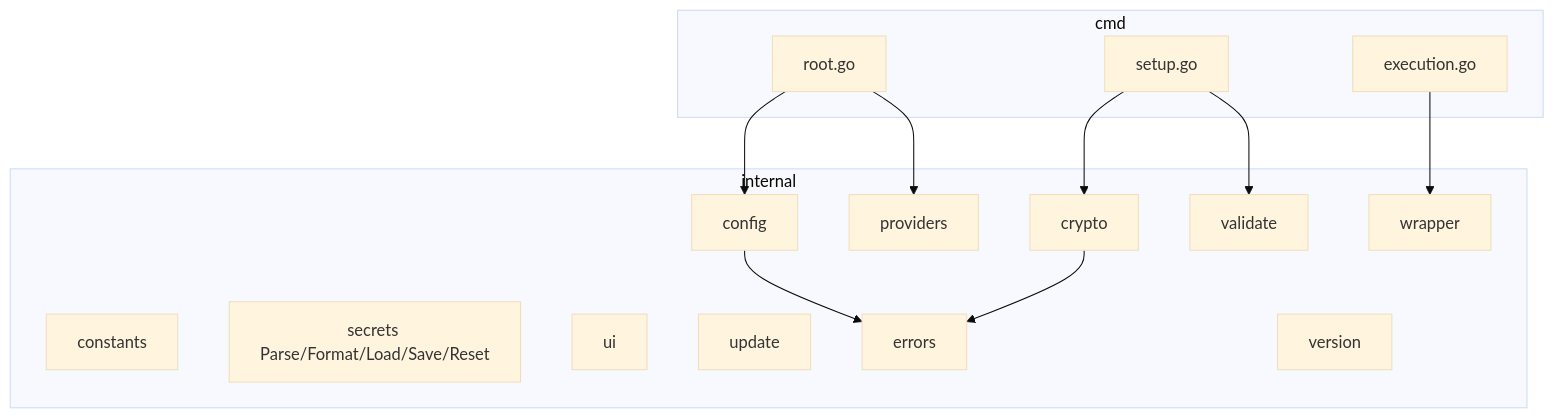
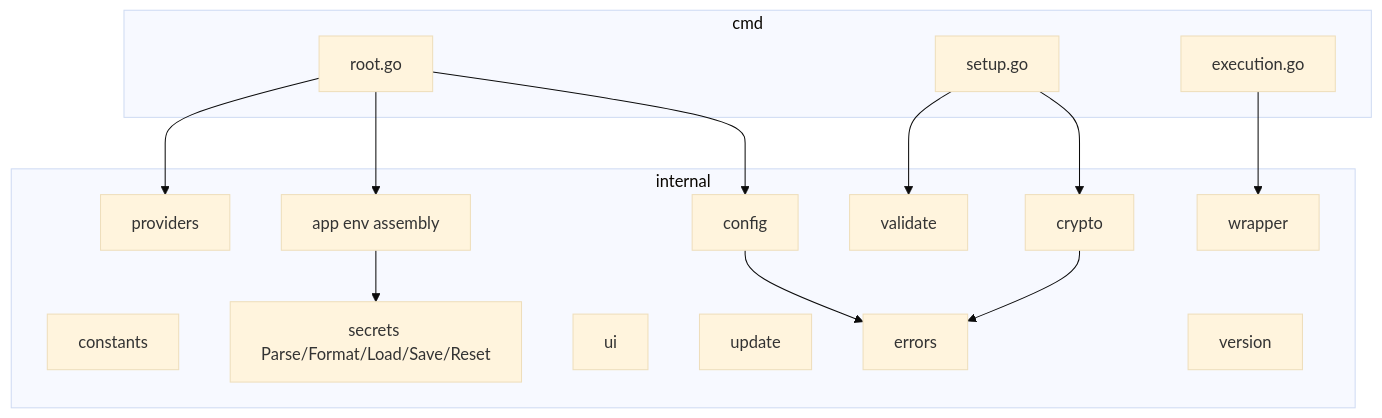
Before and after one commit to dkmnx/kairo: the first of 2 diagrams in internal/README.md, drawn with Mermaid (base theme). The commit also changed other lines of this file and 12 other files, not shown here.

First line of the commit message:
refactor(app): move harness env assembly to internal/app

````diff
--- a/internal/README.md
+++ b/internal/README.md
@@ -7,30 +7,33 @@
 ```mermaid
 flowchart TB
     subgraph cmd[cmd]
         Root[root.go]
         Setup[setup.go]
         Exec[execution.go]
     end
 
     subgraph internal[internal]
+        App[app env assembly]
         Config[config]
         Constants[constants]
         Crypto[crypto]
         Providers[providers]
         Secrets[secrets Parse/Format/Load/Save/Reset]
         UI[ui]
         Update[update]
         Validate[validate]
         Wrapper[wrapper]
         Errors[errors]
         Version[version]
     end
 
     Root --> Config
+    Root --> App
     Root --> Providers
     Setup --> Crypto
     Setup --> Validate
     Exec --> Wrapper
+    App --> Secrets
     Config --> Errors
     Crypto --> Errors
 ```
````
